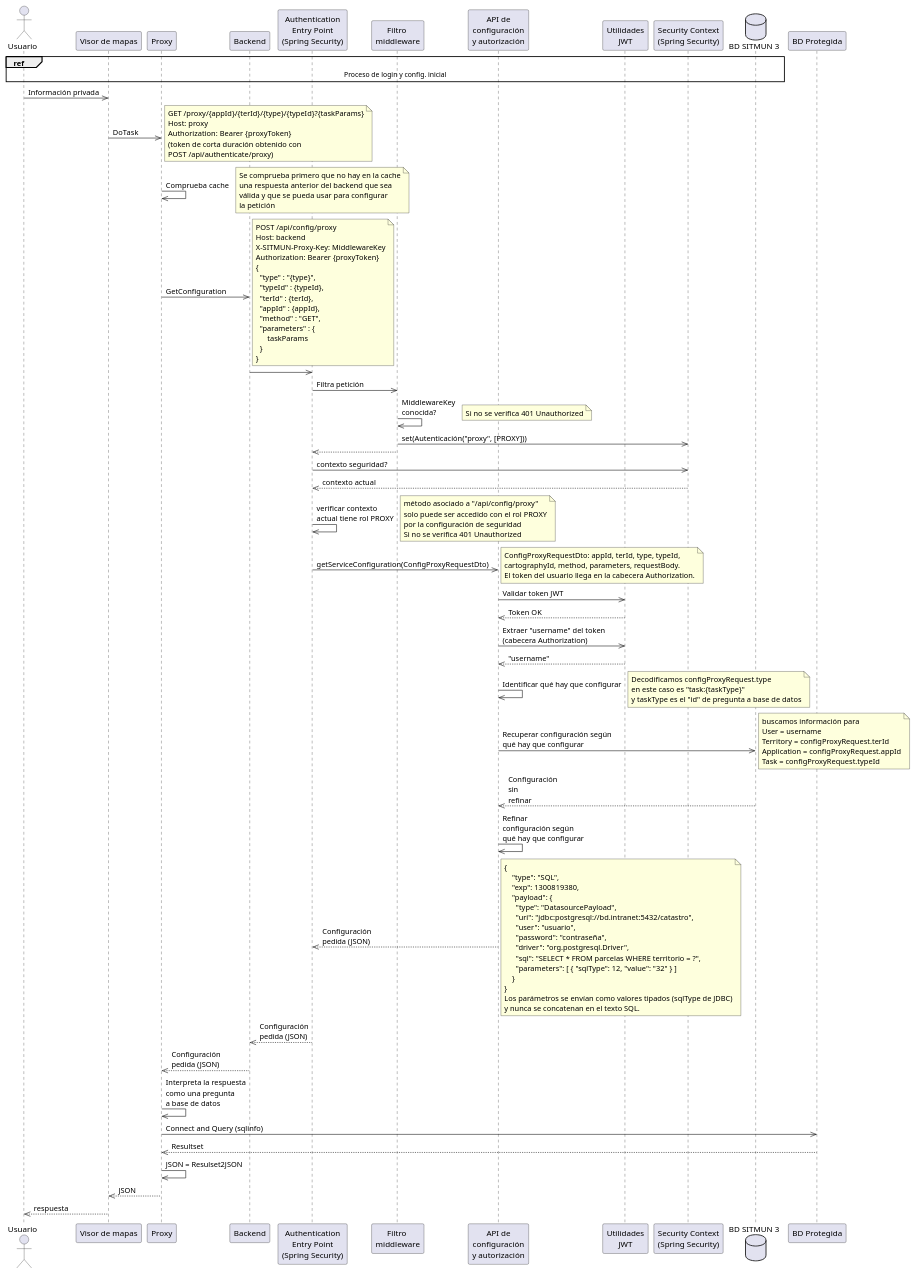
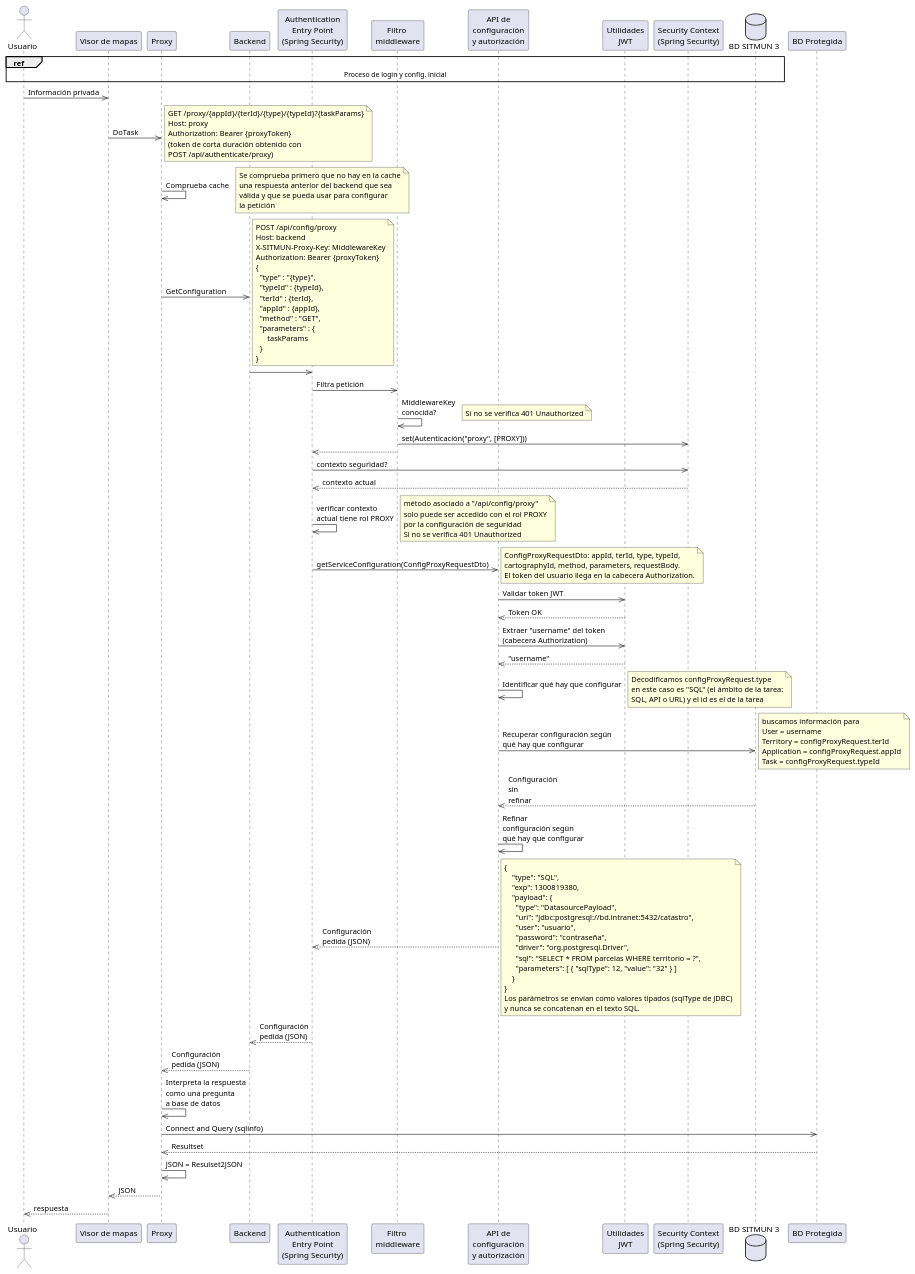
One commit to sitmun/sitmun.github.io changed the fourth of 6 diagrams in docs/que-es-sitmun/plataforma/arquitectura/index.md. Above: the diagram before and after it, drawn with PlantUML. The commit also changed other lines of this file and 13 other files, not shown here.

```diff
--- a/docs/que-es-sitmun/plataforma/arquitectura/index.md
+++ b/docs/que-es-sitmun/plataforma/arquitectura/index.md
@@ -713,8 +716,8 @@
 ConfigurationAPI ->> ConfigurationAPI: Identificar qué hay que configurar 
 note right
   Decodificamos configProxyRequest.type
-  en este caso es "task:{taskType}"
-  y taskType es el "id" de pregunta a base de datos
+  en este caso es "SQL" (el ámbito de la tarea:
+  SQL, API o URL) y el id es el de la tarea
 end note
 ConfigurationAPI ->> Database: Recuperar configuración según\nqué hay que configurar
 note right
```
